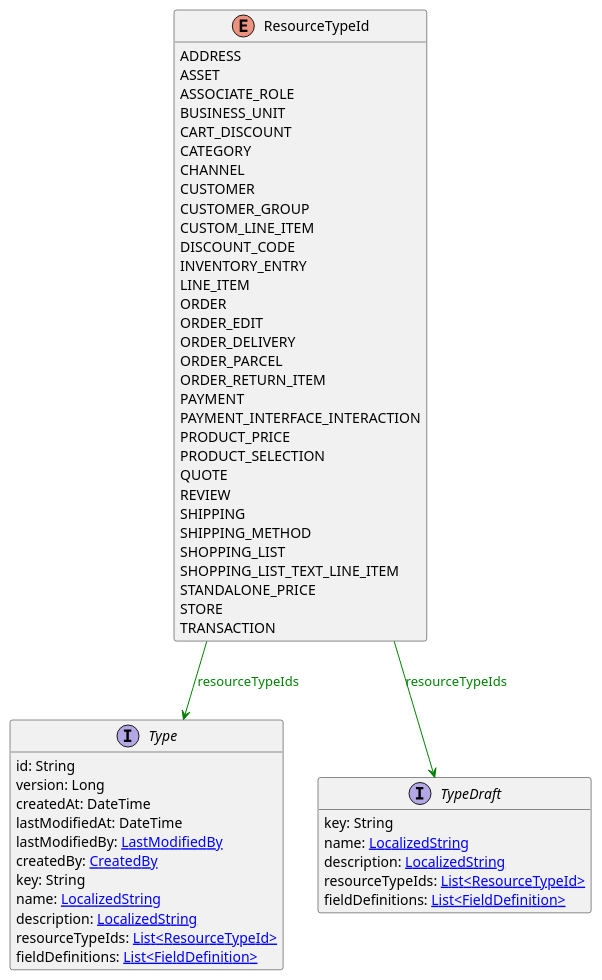
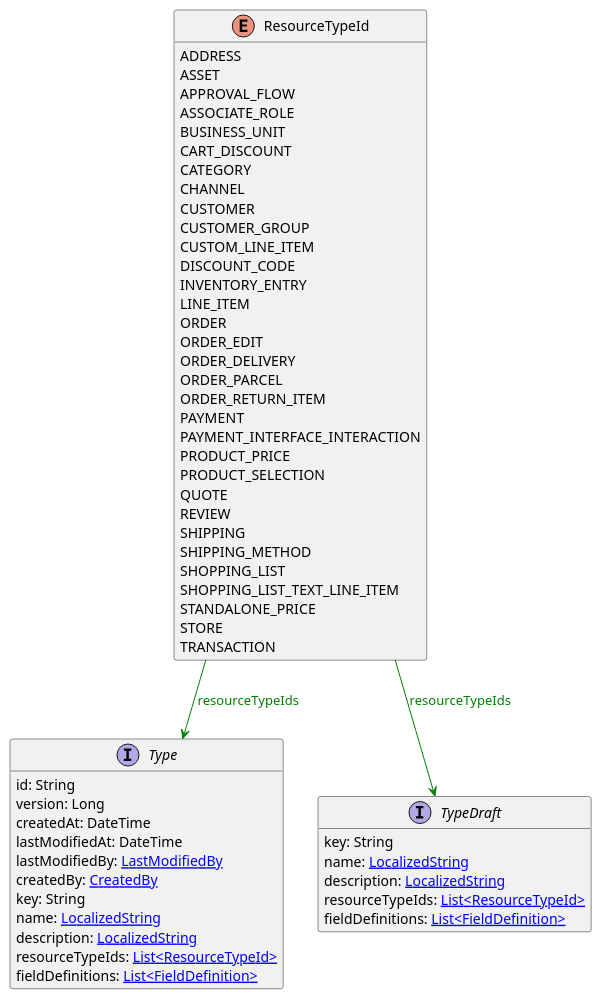
Before and after one commit to commercetools/commercetools-api-reference: the diagram in uml/api/ResourceTypeId.puml, drawn with PlantUML. The commit also changed 38 other files, not shown here.

```diff
--- a/uml/api/ResourceTypeId.puml
+++ b/uml/api/ResourceTypeId.puml
@@ -1,59 +1,60 @@
 @startuml
 
 hide methods
 enum ResourceTypeId {
     ADDRESS
     ASSET
+    APPROVAL_FLOW
     ASSOCIATE_ROLE
     BUSINESS_UNIT
     CART_DISCOUNT
     CATEGORY
     CHANNEL
     CUSTOMER
     CUSTOMER_GROUP
     CUSTOM_LINE_ITEM
     DISCOUNT_CODE
     INVENTORY_ENTRY
     LINE_ITEM
     ORDER
     ORDER_EDIT
     ORDER_DELIVERY
     ORDER_PARCEL
     ORDER_RETURN_ITEM
     PAYMENT
     PAYMENT_INTERFACE_INTERACTION
     PRODUCT_PRICE
     PRODUCT_SELECTION
     QUOTE
     REVIEW
     SHIPPING
     SHIPPING_METHOD
     SHOPPING_LIST
     SHOPPING_LIST_TEXT_LINE_ITEM
     STANDALONE_PRICE
     STORE
     TRANSACTION
 }
 interface Type [[Type.svg]]  {
     id: String
     version: Long
     createdAt: DateTime
     lastModifiedAt: DateTime
     lastModifiedBy: [[LastModifiedBy.svg LastModifiedBy]]
     createdBy: [[CreatedBy.svg CreatedBy]]
     key: String
     name: [[LocalizedString.svg LocalizedString]]
     description: [[LocalizedString.svg LocalizedString]]
     resourceTypeIds: [[ResourceTypeId.svg List<ResourceTypeId>]]
     fieldDefinitions: [[FieldDefinition.svg List<FieldDefinition>]]
 }
 interface TypeDraft [[TypeDraft.svg]]  {
     key: String
     name: [[LocalizedString.svg LocalizedString]]
     description: [[LocalizedString.svg LocalizedString]]
     resourceTypeIds: [[ResourceTypeId.svg List<ResourceTypeId>]]
     fieldDefinitions: [[FieldDefinition.svg List<FieldDefinition>]]
 }
 ResourceTypeId --> Type #green;text:green : "resourceTypeIds"
 ResourceTypeId --> TypeDraft #green;text:green : "resourceTypeIds"
 @enduml
```
